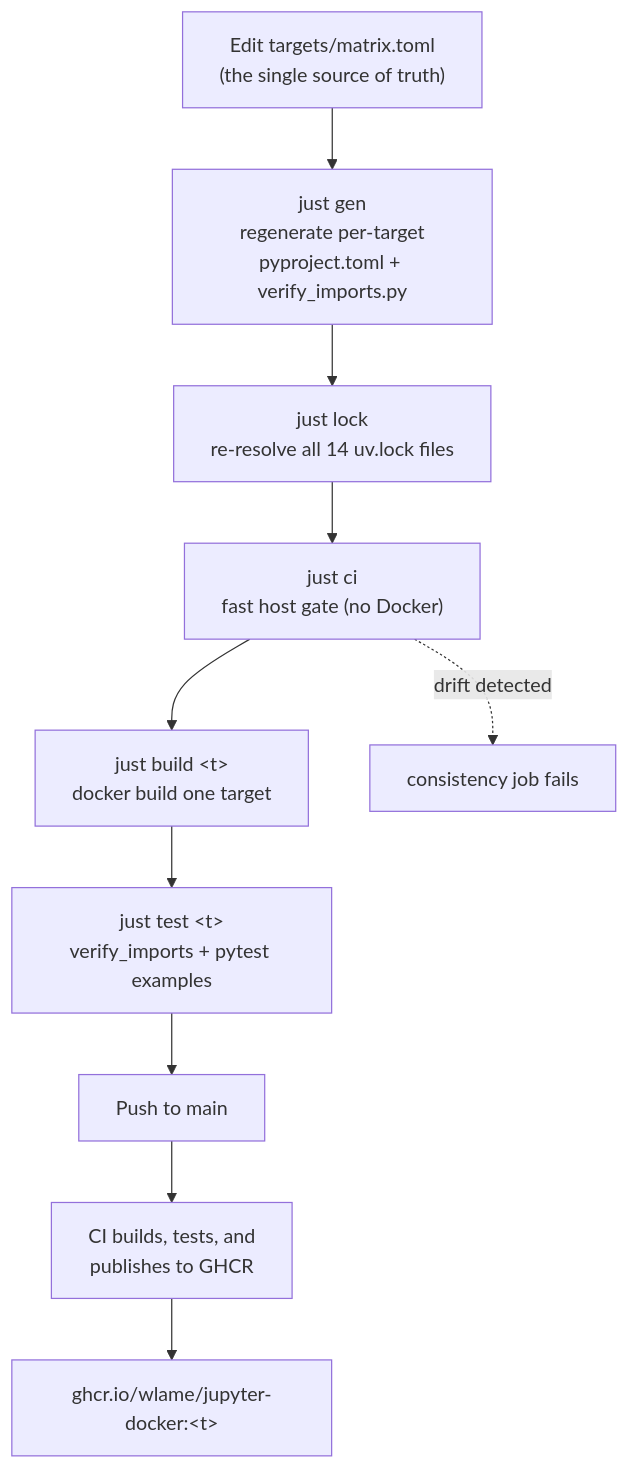
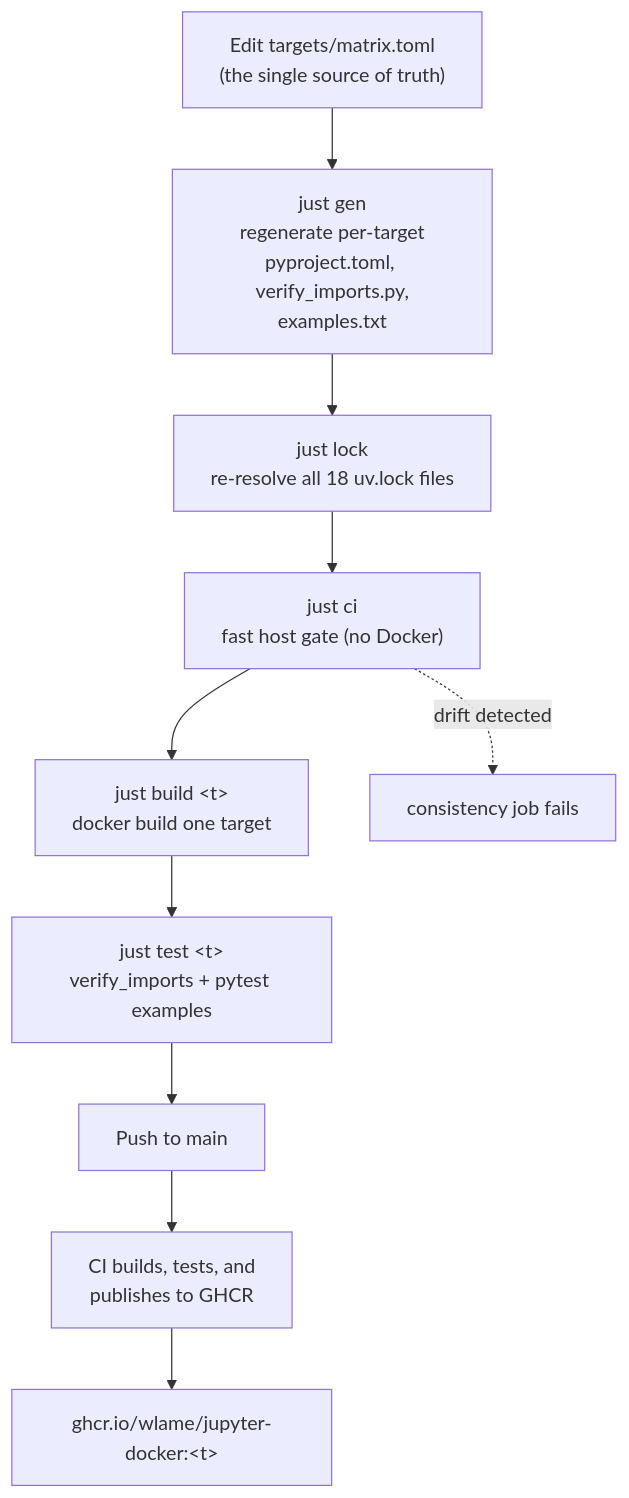
Before and after one commit to wlame/jupyter-docker: the diagram in docs/concepts/data-flow.md, drawn with Mermaid. The commit also changed other lines of this file and 17 other files, not shown here.

````diff
--- a/docs/concepts/data-flow.md
+++ b/docs/concepts/data-flow.md
@@ -16,14 +16,14 @@
 ```mermaid
 flowchart TD
     edit["Edit targets/matrix.toml<br/>(the single source of truth)"]
-    edit --> gen["just gen<br/>regenerate per-target<br/>pyproject.toml + verify_imports.py"]
-    gen --> lock["just lock<br/>re-resolve all 14 uv.lock files"]
+    edit --> gen["just gen<br/>regenerate per-target<br/>pyproject.toml, verify_imports.py,<br/>examples.txt"]
+    gen --> lock["just lock<br/>re-resolve all 18 uv.lock files"]
     lock --> ci["just ci<br/>fast host gate (no Docker)"]
     ci --> build["just build &lt;t&gt;<br/>docker build one target"]
     build --> test["just test &lt;t&gt;<br/>verify_imports + pytest examples"]
     test --> push["Push to main"]
     push --> cicd["CI builds, tests, and<br/>publishes to GHCR"]
     cicd --> ghcr["ghcr.io/wlame/jupyter-docker:&lt;t&gt;"]
 
     ci -.->|"drift detected"| fail["consistency job fails"]
 ```
````
